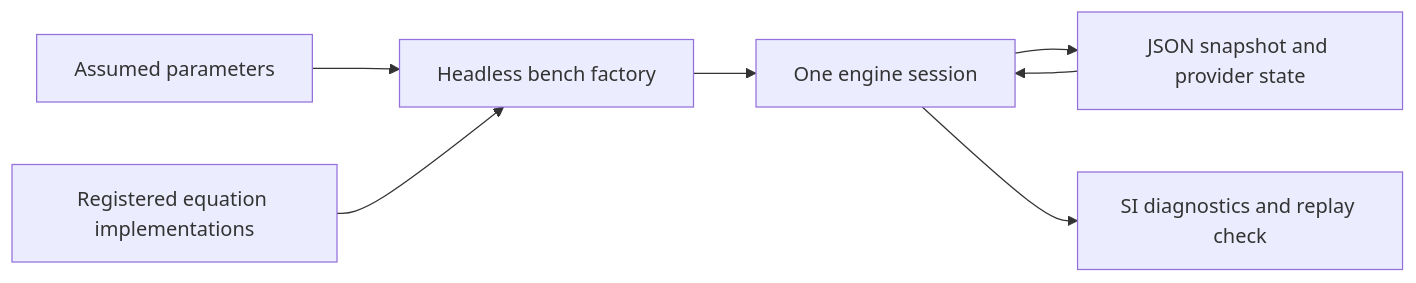
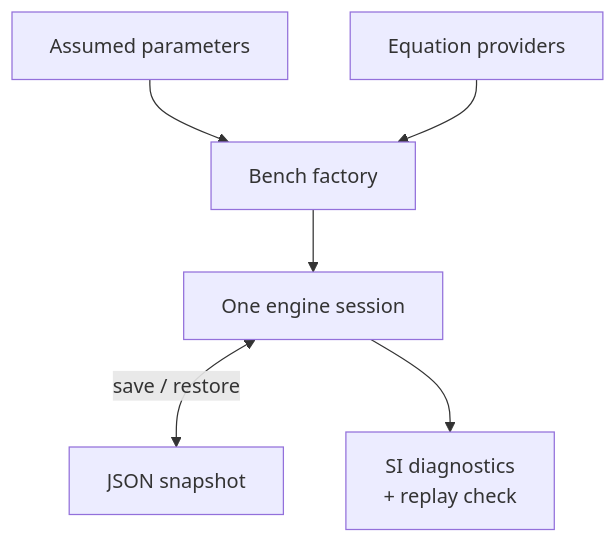
One commit to Valpatel/cad-agent changed the diagram in software/cadagent/webkit/scada/sim/examples/equation-models/README.md. Above: the diagram before and after it, drawn with Mermaid. The commit also changed other lines of this file and 27 other files, not shown here.

````diff
--- a/software/cadagent/webkit/scada/sim/examples/equation-models/README.md
+++ b/software/cadagent/webkit/scada/sim/examples/equation-models/README.md
@@ -17,9 +17,8 @@
 ```mermaid
-flowchart LR
-  JSON[Assumed parameters] --> Bench[Headless bench factory]
-  Providers[Registered equation implementations] --> Bench
-  Bench --> Core[One engine session]
-  Core --> Saved[JSON snapshot and provider state]
-  Saved --> Core
-  Core --> CLI[SI diagnostics and replay check]
+flowchart TD
+  JSON["Assumed parameters"] --> Bench["Bench factory"]
+  Providers["Equation providers"] --> Bench
+  Bench --> Core["One engine session"]
+  Core <-->|"save / restore"| Saved["JSON snapshot"]
+  Core --> CLI["SI diagnostics<br/>+ replay check"]
 ```
````
